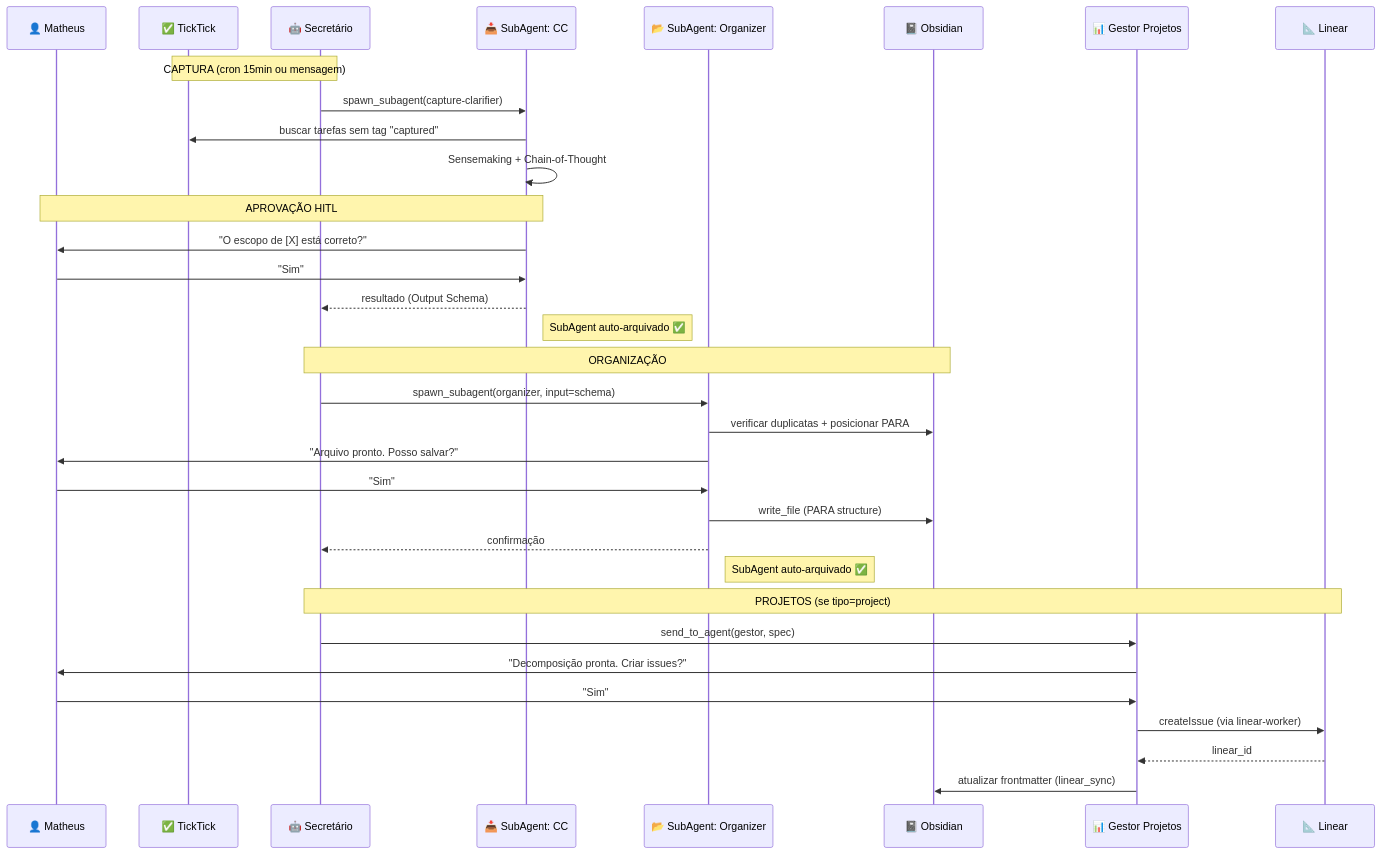
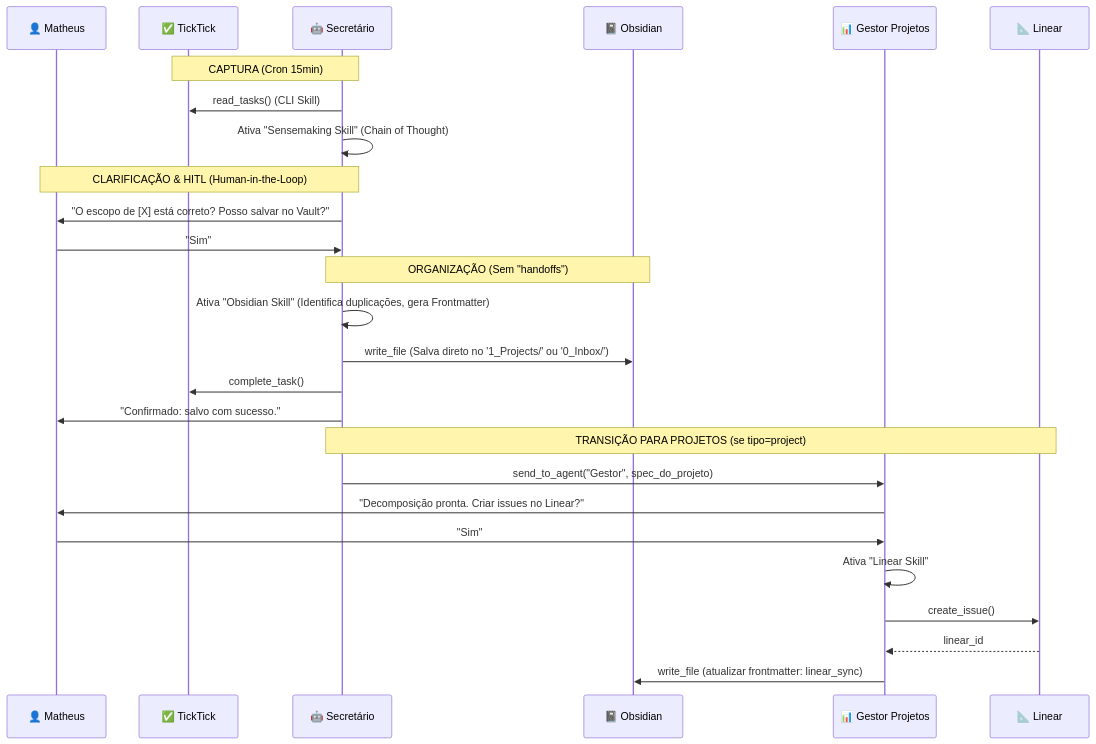
Before and after one commit to Matheus-Gama-deluna/openclaw-arquitetura: the second of 2 diagrams in 01_visao_geral_sistema.md, drawn with Mermaid. The commit also changed other lines of this file and 16 other files, not shown here.

Commit message:
feat: Add new skills, agent components, and skill design guides, while updating system overviews.

````diff
--- a/01_visao_geral_sistema.md
+++ b/01_visao_geral_sistema.md
@@ -125,39 +117,32 @@
 ```mermaid
 sequenceDiagram
     participant U as 👤 Matheus
     participant TK as ✅ TickTick
     participant SEC as 🤖 Secretário
-    participant CC as 📥 SubAgent: CC
-    participant ORG as 📂 SubAgent: Organizer
     participant OBS as 📓 Obsidian
     participant GP as 📊 Gestor Projetos
     participant LIN as 📐 Linear
 
-    Note over TK,SEC: CAPTURA (cron 15min ou mensagem)
-    SEC->>CC: spawn_subagent(capture-clarifier)
-    CC->>TK: buscar tarefas sem tag "captured"
-    CC->>CC: Sensemaking + Chain-of-Thought
+    Note over TK,SEC: CAPTURA (Cron 15min)
+    SEC->>TK: read_tasks() (CLI Skill)
+    SEC->>SEC: Ativa "Sensemaking Skill" (Chain of Thought)
+    
+    Note over SEC,U: CLARIFICAÇÃO & HITL (Human-in-the-Loop)
+    SEC->>U: "O escopo de [X] está correto? Posso salvar no Vault?"
+    U->>SEC: "Sim"
+    
+    Note over SEC,OBS: ORGANIZAÇÃO (Sem "handoffs")
+    SEC->>SEC: Ativa "Obsidian Skill" (Identifica duplicações, gera Frontmatter)
+    SEC->>OBS: write_file (Salva direto no '1_Projects/' ou '0_Inbox/')
+    SEC->>TK: complete_task()
+    SEC->>U: "Confirmado: salvo com sucesso."
 
-    Note over CC,U: APROVAÇÃO HITL
-    CC->>U: "O escopo de [X] está correto?"
-    U->>CC: "Sim"
-    CC-->>SEC: resultado (Output Schema)
-    Note right of CC: SubAgent auto-arquivado ✅
-
-    Note over SEC,OBS: ORGANIZAÇÃO
-    SEC->>ORG: spawn_subagent(organizer, input=schema)
-    ORG->>OBS: verificar duplicatas + posicionar PARA
-    ORG->>U: "Arquivo pronto. Posso salvar?"
-    U->>ORG: "Sim"
-    ORG->>OBS: write_file (PARA structure)
-    ORG-->>SEC: confirmação
-    Note right of ORG: SubAgent auto-arquivado ✅
-
-    Note over SEC,LIN: PROJETOS (se tipo=project)
-    SEC->>GP: send_to_agent(gestor, spec)
-    GP->>U: "Decomposição pronta. Criar issues?"
+    Note over SEC,LIN: TRANSIÇÃO PARA PROJETOS (se tipo=project)
+    SEC->>GP: send_to_agent("Gestor", spec_do_projeto)
+    GP->>U: "Decomposição pronta. Criar issues no Linear?"
     U->>GP: "Sim"
-    GP->>LIN: createIssue (via linear-worker)
+    GP->>GP: Ativa "Linear Skill"
+    GP->>LIN: create_issue()
     LIN-->>GP: linear_id
-    GP->>OBS: atualizar frontmatter (linear_sync)
+    GP->>OBS: write_file (atualizar frontmatter: linear_sync)
 ```
````
